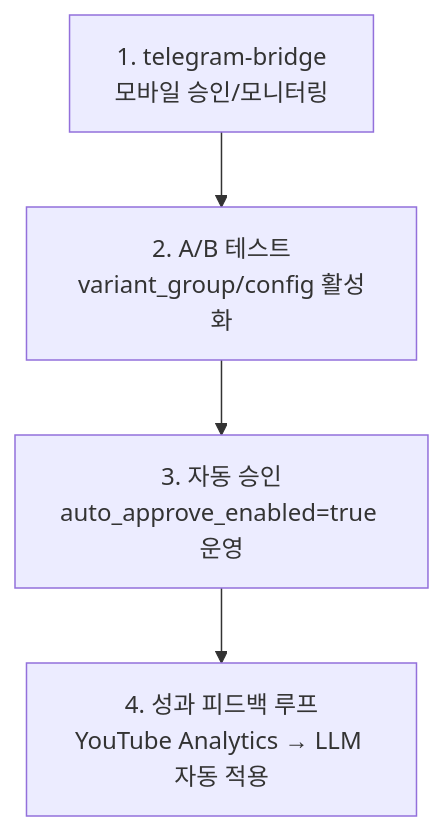
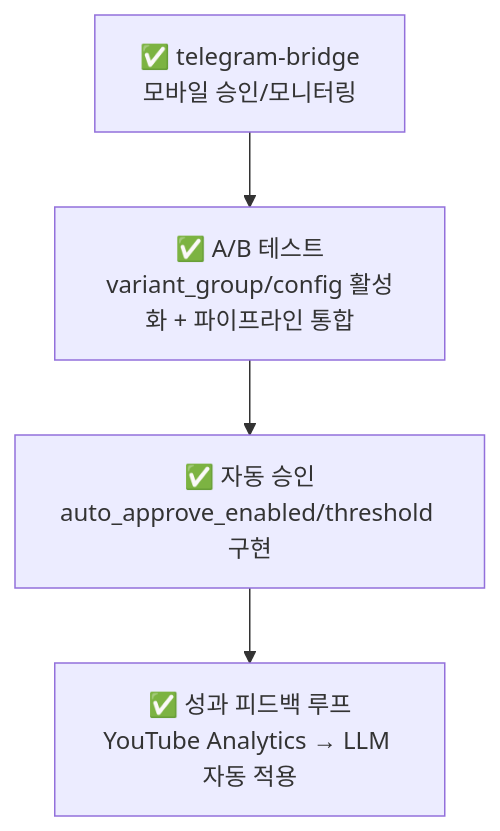
The diagram in docs/implementation-status.md (Justant-source/WaggleBot), drawn with Mermaid before and after one commit. The commit also changed other lines of this file and 13 other files, not shown here.

First line of the commit message:
feat: A/B 테스트 파이프라인 통합 + telegram-bridge 파이프라인 명령 구현

````diff
--- a/docs/implementation-status.md
+++ b/docs/implementation-status.md
@@ -176,7 +184,7 @@
 ```mermaid
 flowchart TD
-    A[1. telegram-bridge<br/>모바일 승인/모니터링] --> B
-    B[2. A/B 테스트<br/>variant_group/config 활성화] --> C
-    C[3. 자동 승인<br/>auto_approve_enabled=true 운영] --> D
-    D[4. 성과 피드백 루프<br/>YouTube Analytics → LLM 자동 적용]
+    A[✅ telegram-bridge<br/>모바일 승인/모니터링] --> B
+    B[✅ A/B 테스트<br/>variant_group/config 활성화 + 파이프라인 통합] --> C
+    C[✅ 자동 승인<br/>auto_approve_enabled/threshold 구현] --> D
+    D[✅ 성과 피드백 루프<br/>YouTube Analytics → LLM 자동 적용]
 ```
````
